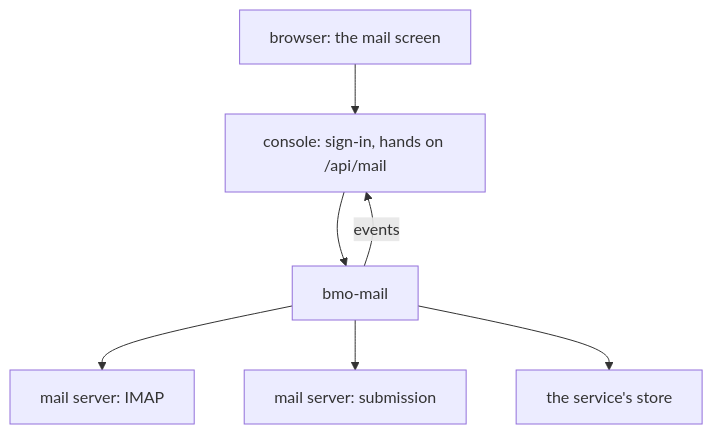
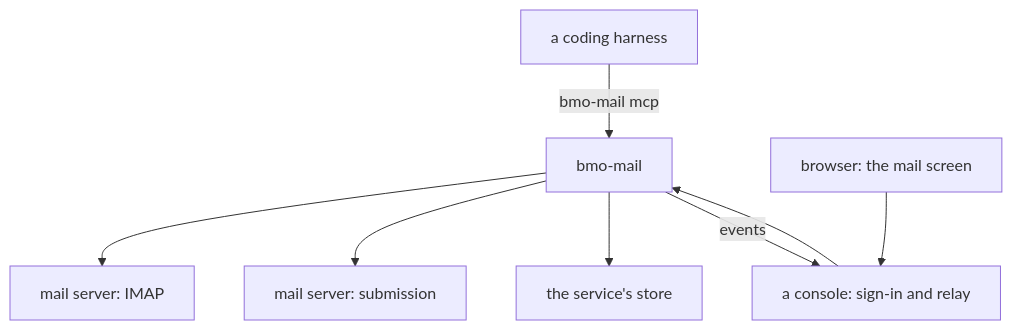
The diagram in docs/mail.md (ahas/bmo-mail), drawn with Mermaid before and after one commit. The commit also changed other lines of this file and 88 other files, not shown here.

````diff
--- a/docs/mail.md
+++ b/docs/mail.md
@@ -9,9 +10,10 @@
 ```mermaid
 flowchart TD
-  Browser[browser: the mail screen] --> Console[console: sign-in, hands on /api/mail]
-  Console --> Service[bmo-mail]
+  Harness[a coding harness] -->|bmo-mail mcp| Service[bmo-mail]
+  Browser[browser: the mail screen] --> Console[a console: sign-in and relay]
+  Console --> Service
   Service --> IMAP[mail server: IMAP]
   Service --> SMTP[mail server: submission]
   Service --> Store[the service's store]
   Service -->|events| Console
 ```
````
